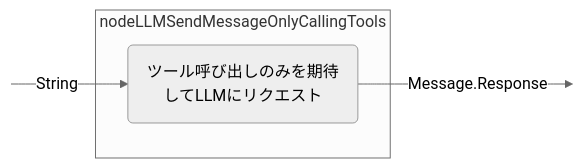
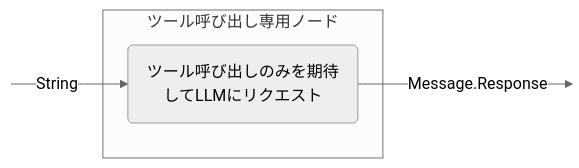
Before and after one commit to BinaryTape/Open-Docs: the fourth of 15 diagrams in docs/ja/koog/nodes-and-components.md, drawn with Mermaid (neutral theme). The commit also changed other lines of this file and 164 other files, not shown here.

````diff
--- a/docs/ja/koog/nodes-and-components.md
+++ b/docs/ja/koog/nodes-and-components.md
@@ -254,13 +254,13 @@
 ```mermaid
 graph LR
     in:::hidden
     out:::hidden
     
-    subgraph node ["nodeLLMSendMessageOnlyCallingTools"]
+    subgraph node ["ツール呼び出し専用ノード"]
         execute(ツール呼び出しのみを期待してLLMにリクエスト)
     end
     
     in --String--> execute --Message.Response--> out
 
     classDef hidden display: none;
 ```
````
